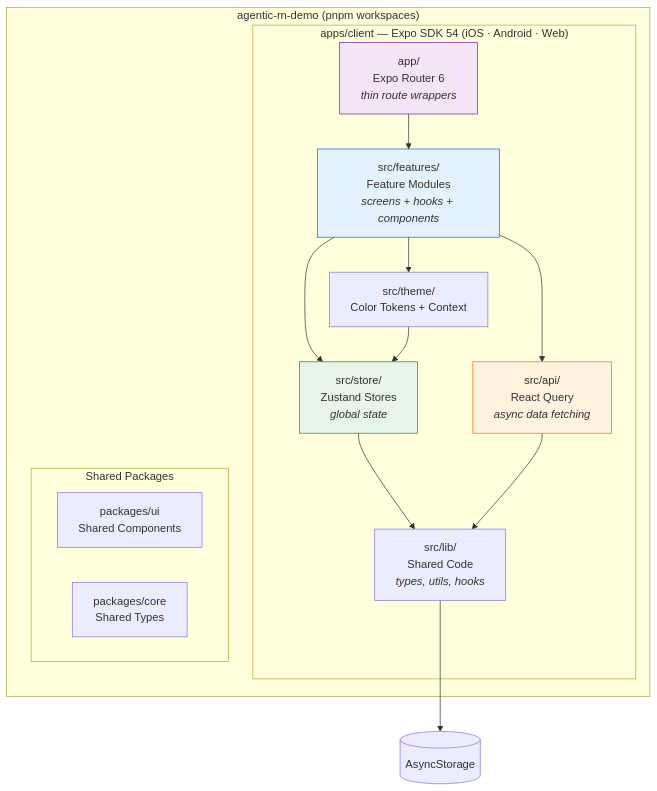
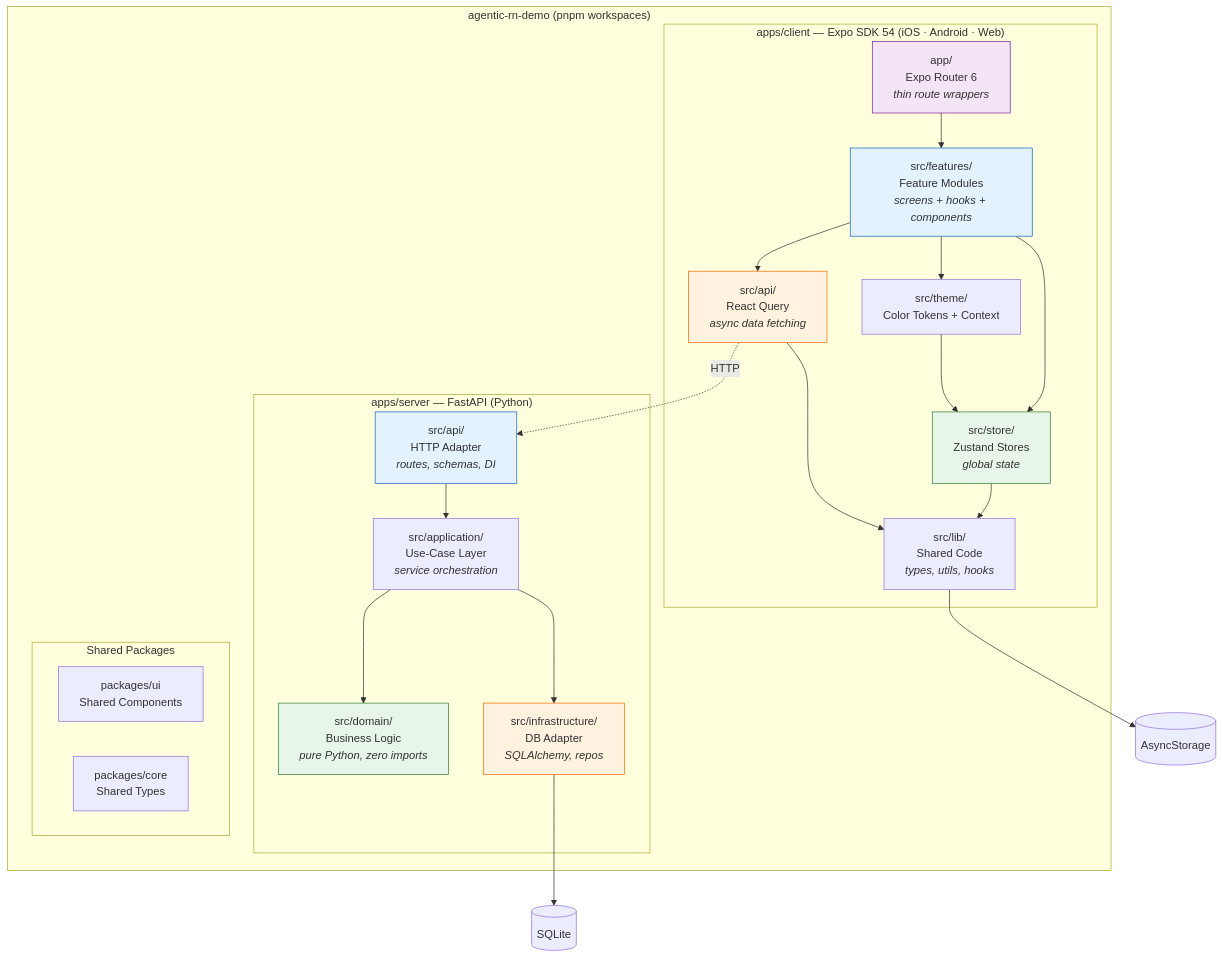
One commit to RDOToole89/agentic-rn-demo changed the first of 5 diagrams in docs/ARCHITECTURE.md. Above: the diagram before and after it, drawn with Mermaid. The commit also changed other lines of this file and 20 other files, not shown here.

````diff
--- a/docs/ARCHITECTURE.md
+++ b/docs/ARCHITECTURE.md
@@ -16,31 +16,47 @@
 ```mermaid
 graph TB
     subgraph Monorepo["agentic-rn-demo (pnpm workspaces)"]
         subgraph Client["apps/client — Expo SDK 54 (iOS · Android · Web)"]
             Router["app/<br/>Expo Router 6<br/><i>thin route wrappers</i>"]
             Features["src/features/<br/>Feature Modules<br/><i>screens + hooks + components</i>"]
             Store["src/store/<br/>Zustand Stores<br/><i>global state</i>"]
-            API["src/api/<br/>React Query<br/><i>async data fetching</i>"]
+            ClientAPI["src/api/<br/>React Query<br/><i>async data fetching</i>"]
             Lib["src/lib/<br/>Shared Code<br/><i>types, utils, hooks</i>"]
             Theme["src/theme/<br/>Color Tokens + Context"]
+        end
+        subgraph Server["apps/server — FastAPI (Python)"]
+            ServerAPI["src/api/<br/>HTTP Adapter<br/><i>routes, schemas, DI</i>"]
+            AppLayer["src/application/<br/>Use-Case Layer<br/><i>service orchestration</i>"]
+            ServerDomain["src/domain/<br/>Business Logic<br/><i>pure Python, zero imports</i>"]
+            Infra["src/infrastructure/<br/>DB Adapter<br/><i>SQLAlchemy, repos</i>"]
         end
         subgraph Packages["Shared Packages"]
             UI["packages/ui<br/>Shared Components"]
             Core["packages/core<br/>Shared Types"]
         end
     end
 
     Router --> Features
     Features --> Store
-    Features --> API
+    Features --> ClientAPI
     Features --> Theme
     Store --> Lib
-    API --> Lib
+    ClientAPI --> Lib
     Theme --> Store
     Lib --> AsyncStorage[(AsyncStorage)]
 
+    ServerAPI --> AppLayer
+    AppLayer --> ServerDomain
+    AppLayer --> Infra
+    Infra --> SQLite[(SQLite)]
+
+    ClientAPI -.->|HTTP| ServerAPI
+
     style Store fill:#e8f5e9,stroke:#2e7d32
-    style API fill:#fff3e0,stroke:#ef6c00
+    style ServerDomain fill:#e8f5e9,stroke:#2e7d32
+    style ClientAPI fill:#fff3e0,stroke:#ef6c00
+    style Infra fill:#fff3e0,stroke:#ef6c00
     style Features fill:#e3f2fd,stroke:#1565c0
+    style ServerAPI fill:#e3f2fd,stroke:#1565c0
     style Router fill:#f3e5f5,stroke:#7b1fa2
 ```
````
